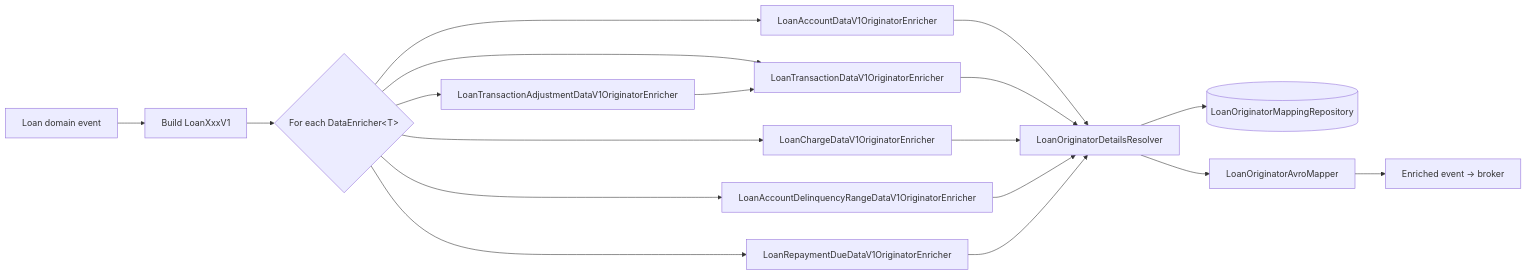
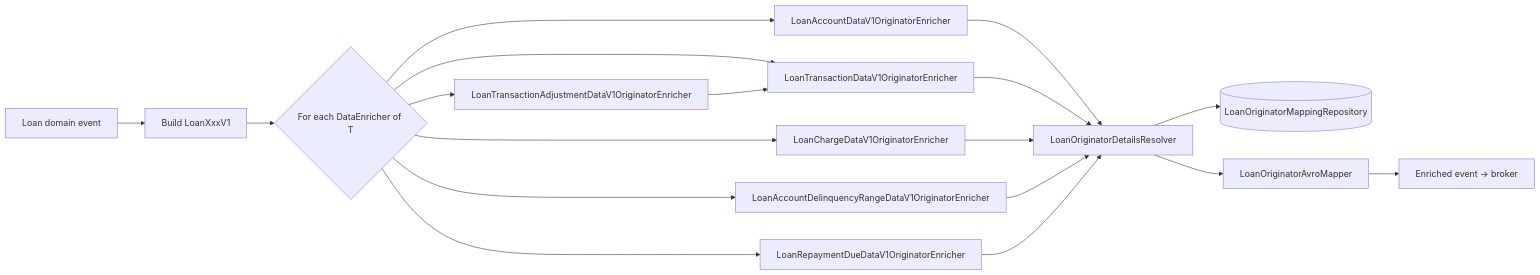
The first of 2 diagrams in loan-origination/enrichers-and-mappers.mdx (mintlify-atlas/docs-wiki-31b07890), drawn with Mermaid before and after one commit. The commit also changed other lines of this file and 115 other files, not shown here.

````diff
--- a/loan-origination/enrichers-and-mappers.mdx
+++ b/loan-origination/enrichers-and-mappers.mdx
@@ -37,20 +37,20 @@
 ```mermaid
 flowchart LR
   Event[Loan domain event] --> Avro[Build LoanXxxV1]
-  Avro --> Dispatch{For each DataEnricher&lt;T&gt;}
+  Avro --> Dispatch{"For each DataEnricher of T"}
   Dispatch --> EnA[LoanAccountDataV1OriginatorEnricher]
   Dispatch --> EnT[LoanTransactionDataV1OriginatorEnricher]
   Dispatch --> EnC[LoanChargeDataV1OriginatorEnricher]
   Dispatch --> EnD[LoanAccountDelinquencyRangeDataV1OriginatorEnricher]
   Dispatch --> EnR[LoanRepaymentDueDataV1OriginatorEnricher]
   Dispatch --> EnAdj[LoanTransactionAdjustmentDataV1OriginatorEnricher]
   EnA --> Resolver[LoanOriginatorDetailsResolver]
   EnT --> Resolver
   EnC --> Resolver
   EnD --> Resolver
   EnR --> Resolver
   EnAdj --> EnT
   Resolver --> Repo[(LoanOriginatorMappingRepository)]
   Resolver --> Avr[LoanOriginatorAvroMapper]
   Avr --> EnrichedEvent[Enriched event → broker]
 ```
````
